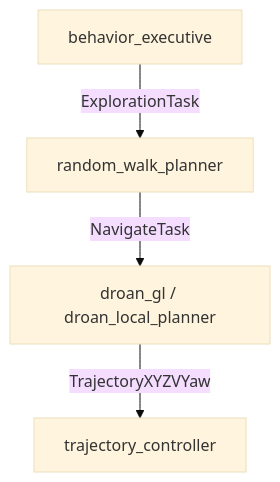
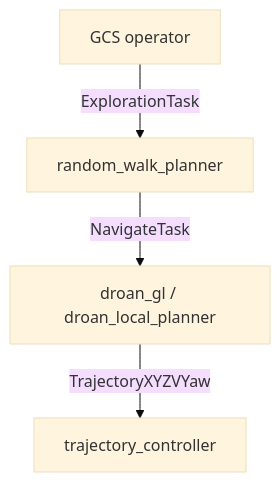
Before and after one commit to castacks/AirStack: the diagram in docs/robot/autonomy/tasks.md, drawn with Mermaid (base theme). The commit also changed other lines of this file and 104 other files, not shown here.

````diff
--- a/docs/robot/autonomy/tasks.md
+++ b/docs/robot/autonomy/tasks.md
@@ -13,6 +13,6 @@
 ```mermaid
 graph TD
-    BE[behavior_executive] -->|ExplorationTask| RW[random_walk_planner]
+    GCS[GCS operator] -->|ExplorationTask| RW[random_walk_planner]
     RW -->|NavigateTask| DG[droan_gl / droan_local_planner]
     DG -->|TrajectoryXYZVYaw| TC[trajectory_controller]
 ```
````
